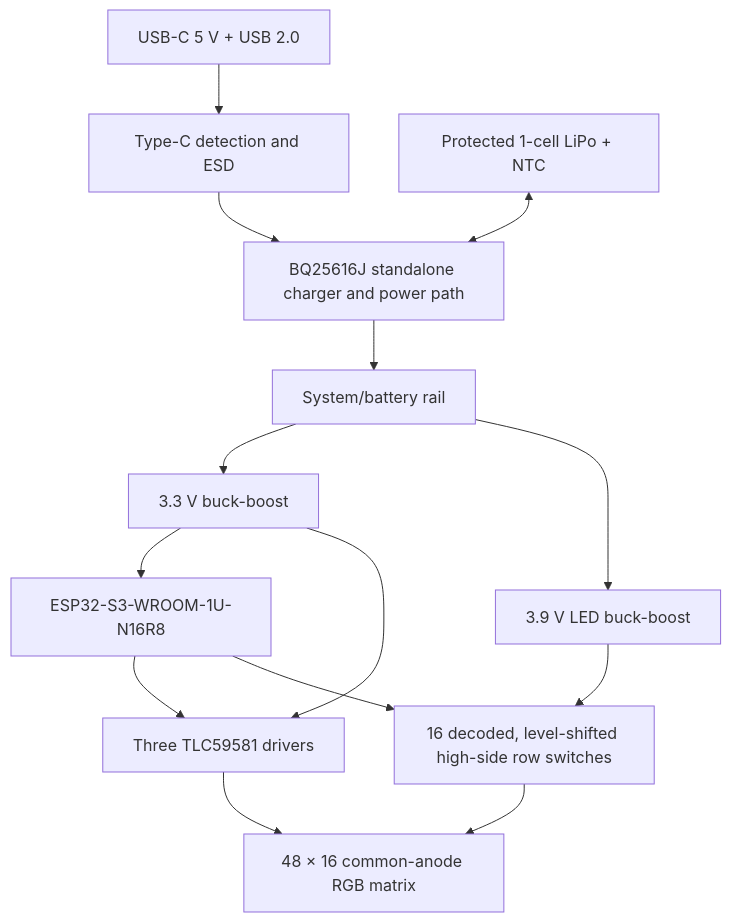
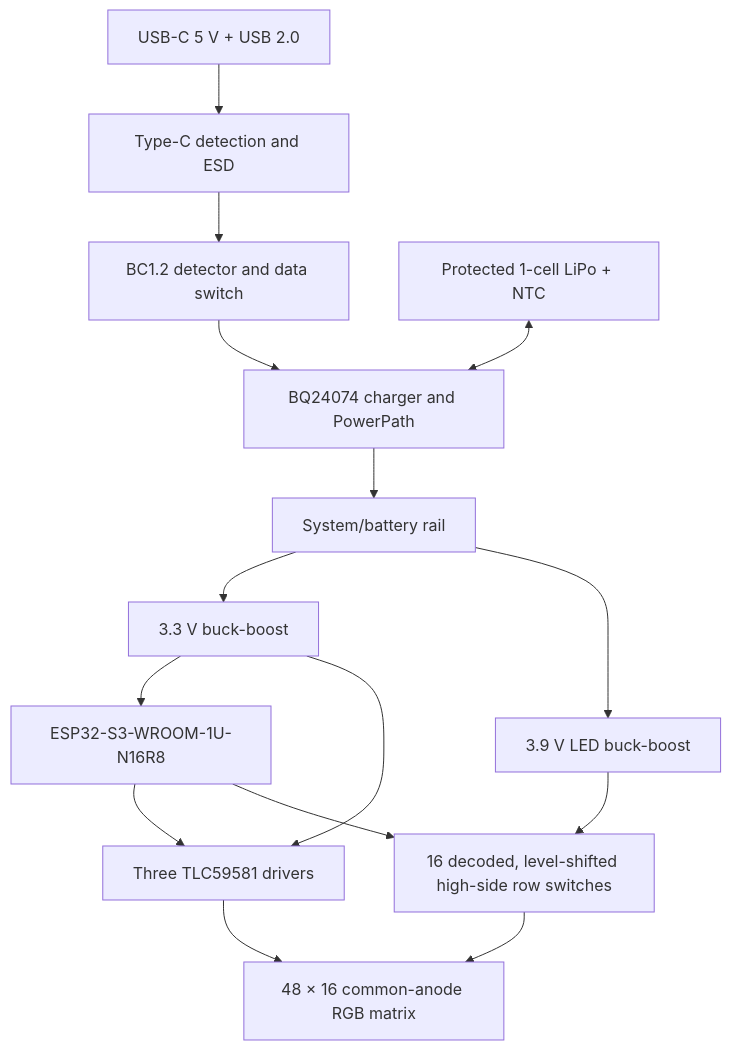
Before and after one commit to mulbc/rgb-badge: the diagram in docs/project-plan.md, drawn with Mermaid. The commit also changed other lines of this file and 13 other files, not shown here.

````diff
--- a/docs/project-plan.md
+++ b/docs/project-plan.md
@@ -77,16 +77,17 @@
 ```mermaid
 flowchart TD
     USB["USB-C 5 V + USB 2.0"] --> CC["Type-C detection and ESD"]
-    CC --> CHG["BQ25616J standalone charger and power path"]
+    CC --> DET["BC1.2 detector and data switch"]
+    DET --> CHG["BQ24074 charger and PowerPath"]
     BAT["Protected 1-cell LiPo + NTC"] <--> CHG
     CHG --> SYS["System/battery rail"]
     SYS --> P33["3.3 V buck-boost"]
     SYS --> PLED["3.9 V LED buck-boost"]
     P33 --> MCU["ESP32-S3-WROOM-1U-N16R8"]
     P33 --> DRV["Three TLC59581 drivers"]
     PLED --> ROW["16 decoded, level-shifted high-side row switches"]
     MCU --> DRV
     MCU --> ROW
     DRV --> MATRIX["48 × 16 common-anode RGB matrix"]
     ROW --> MATRIX
 ```
````
